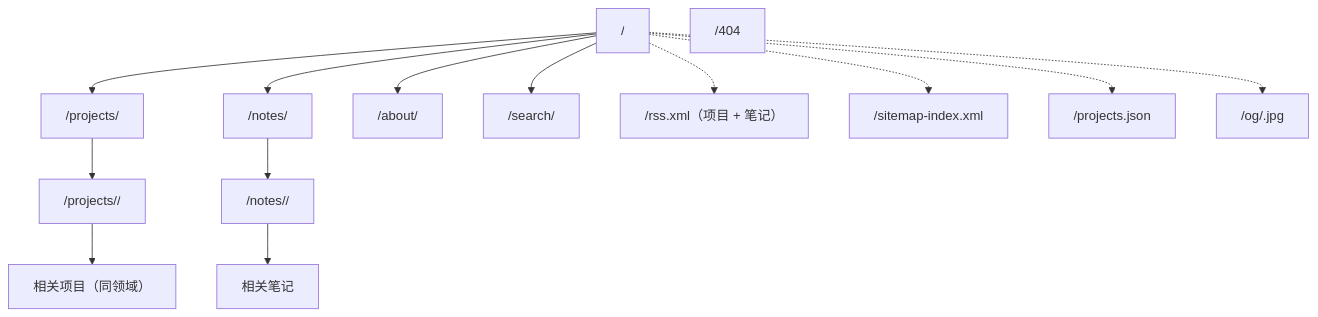
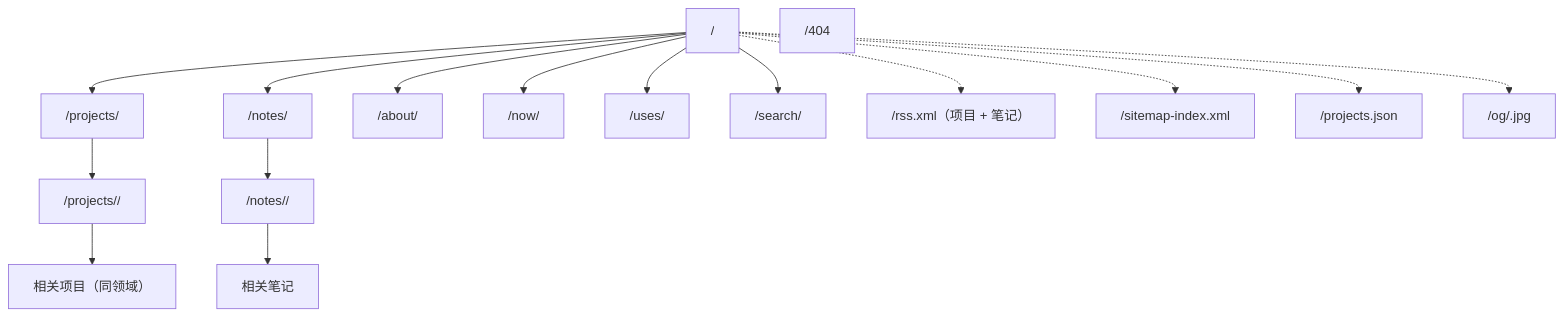
Before and after one commit to GUIDchen/dsh-personalnet: the diagram in docs/07-information-architecture.md, drawn with Mermaid. The commit also changed other lines of this file and 31 other files, not shown here.

First line of the commit message:
feat(site): M9 借鉴落地（Hero/Now/Uses/命令面板/证据组件）

````diff
--- a/docs/07-information-architecture.md
+++ b/docs/07-information-architecture.md
@@ -13,16 +13,18 @@
 ```mermaid
 flowchart TD
   Home["/"] --> Projects["/projects/"]
   Home --> Notes["/notes/"]
   Home --> About["/about/"]
+  Home --> Now["/now/"]
+  Home --> Uses["/uses/"]
   Home --> Search["/search/"]
   Projects --> Detail["/projects/<slug>/"]
   Notes --> Note["/notes/<slug>/"]
   Detail --> Related["相关项目（同领域）"]
   Note --> RelatedNote["相关笔记"]
   Home -.-> RSS["/rss.xml（项目 + 笔记）"]
   Home -.-> Sitemap["/sitemap-index.xml"]
   Home -.-> JSON["/projects.json"]
   Home -.-> OG["/og/<slug>.jpg"]
   NotFound["/404"]
 ```
````
